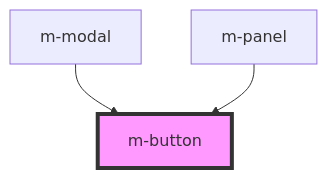
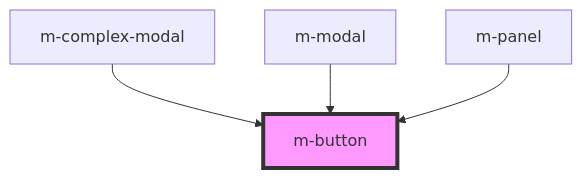
The diagram in src/components/m-button/readme.md (JMDidon/stencil-poc), drawn with Mermaid before and after one commit. The commit also changed other lines of this file and 10 other files, not shown here.

````diff
--- a/src/components/m-button/readme.md
+++ b/src/components/m-button/readme.md
@@ -16,6 +17,7 @@
 ```mermaid
 graph TD;
+  m-complex-modal --> m-button
   m-modal --> m-button
   m-panel --> m-button
   style m-button fill:#f9f,stroke:#333,stroke-width:4px
 ```
````
